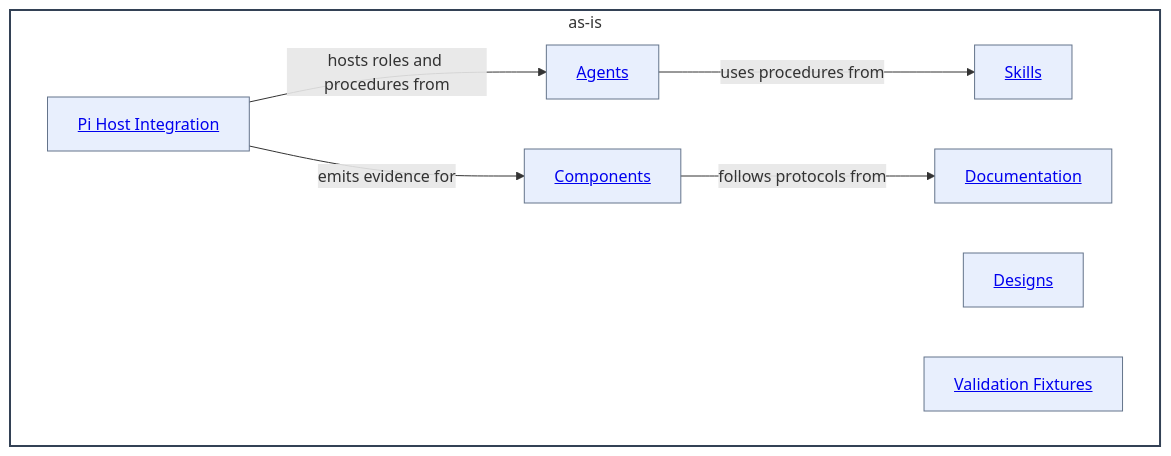
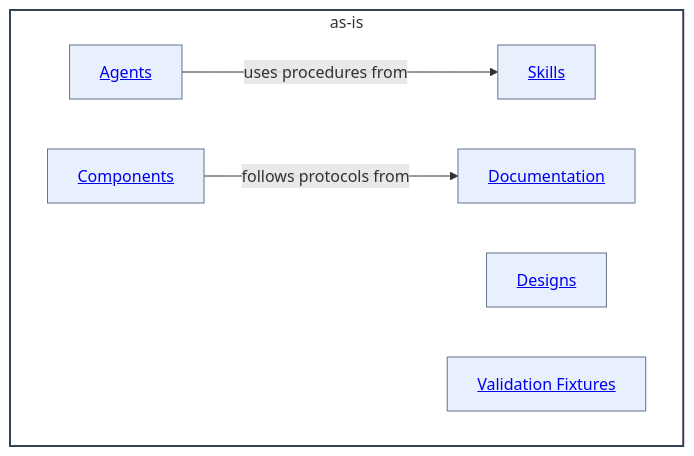
The diagram in as-is.md (abstract-business-systems/as-is), drawn with Mermaid before and after one commit. The commit also changed other lines of this file and 72 other files, not shown here.

````diff
--- a/as-is.md
+++ b/as-is.md
@@ -37,23 +36,19 @@
 ```mermaid
 %%{init: {"securityLevel": "loose"}}%%
 flowchart LR
     subgraph Root["as-is"]
         direction LR
         Agents["<a href='./agents/as-is.md#design'>Agents</a>"]
         Designs["<a href='./designs/as-is.md#design'>Designs</a>"]
         Skills["<a href='./skills/as-is.md#design'>Skills</a>"]
         Components["<a href='./components/as-is.md#design'>Components</a>"]
         Documentation["<a href='./docs/as-is.md#design'>Documentation</a>"]
         Fixtures["<a href='./validation-fixtures/as-is.md#design'>Validation Fixtures</a>"]
-        PiHost["<a href='./.pi/as-is.md#design'>Pi Host Integration</a>"]
-
         Agents -->|uses procedures from| Skills
         Components -->|follows protocols from| Documentation
-        PiHost -->|hosts roles and procedures from| Agents
-        PiHost -->|emits evidence for| Components
     end
     classDef component fill:#f8fafc,fill-opacity:0.1,stroke:#334155,stroke-width:2px
     classDef child fill:#2563eb,fill-opacity:0.1,stroke:#64748b,stroke-width:1px
     class Root component
-    class Agents,Designs,Skills,Components,Documentation,Fixtures,PiHost child
+    class Agents,Designs,Skills,Components,Documentation,Fixtures child
 ```
````
